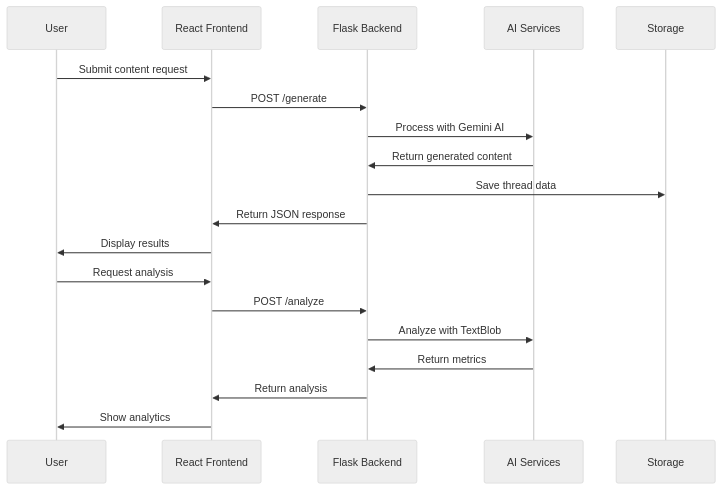
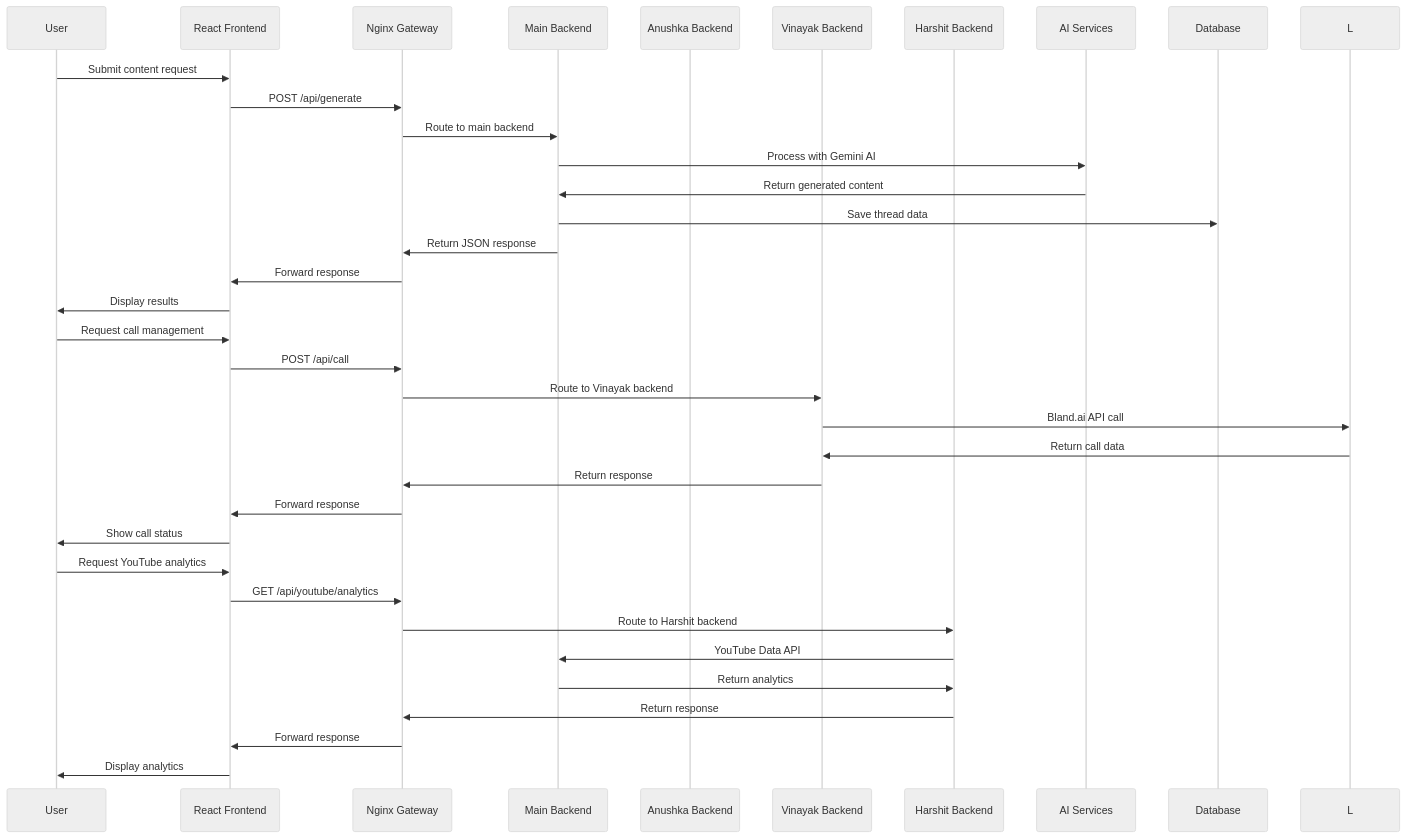
Before and after one commit to vvinayakkk/Level_Up: the second of 8 diagrams in README.md, drawn with Mermaid (neutral theme). The commit also changed other lines of this file, not shown here.

````diff
--- a/README.md
+++ b/README.md
@@ -357,23 +281,40 @@
 ```mermaid
 sequenceDiagram
     participant U as User
-    participant R as React Frontend
-    participant F as Flask Backend
+    participant F as React Frontend
+    participant N as Nginx Gateway
+    participant M as Main Backend
+    participant A as Anushka Backend
+    participant V as Vinayak Backend
+    participant H as Harshit Backend
     participant AI as AI Services
-    participant DB as Storage
+    participant DB as Database
     
-    U->>R: Submit content request
-    R->>F: POST /generate
-    F->>AI: Process with Gemini AI
-    AI->>F: Return generated content
-    F->>DB: Save thread data
-    F->>R: Return JSON response
-    R->>U: Display results
+    U->>F: Submit content request
+    F->>N: POST /api/generate
+    N->>M: Route to main backend
+    M->>AI: Process with Gemini AI
+    AI->>M: Return generated content
+    M->>DB: Save thread data
+    M->>N: Return JSON response
+    N->>F: Forward response
+    F->>U: Display results
     
-    U->>R: Request analysis
-    R->>F: POST /analyze
-    F->>AI: Analyze with TextBlob
-    AI->>F: Return metrics
-    F->>R: Return analysis
-    R->>U: Show analytics
+    U->>F: Request call management
+    F->>N: POST /api/call
+    N->>V: Route to Vinayak backend
+    V->>L: Bland.ai API call
+    L->>V: Return call data
+    V->>N: Return response
+    N->>F: Forward response
+    F->>U: Show call status
+    
+    U->>F: Request YouTube analytics
+    F->>N: GET /api/youtube/analytics
+    N->>H: Route to Harshit backend
+    H->>M: YouTube Data API
+    M->>H: Return analytics
+    H->>N: Return response
+    N->>F: Forward response
+    F->>U: Display analytics
 ```
````
